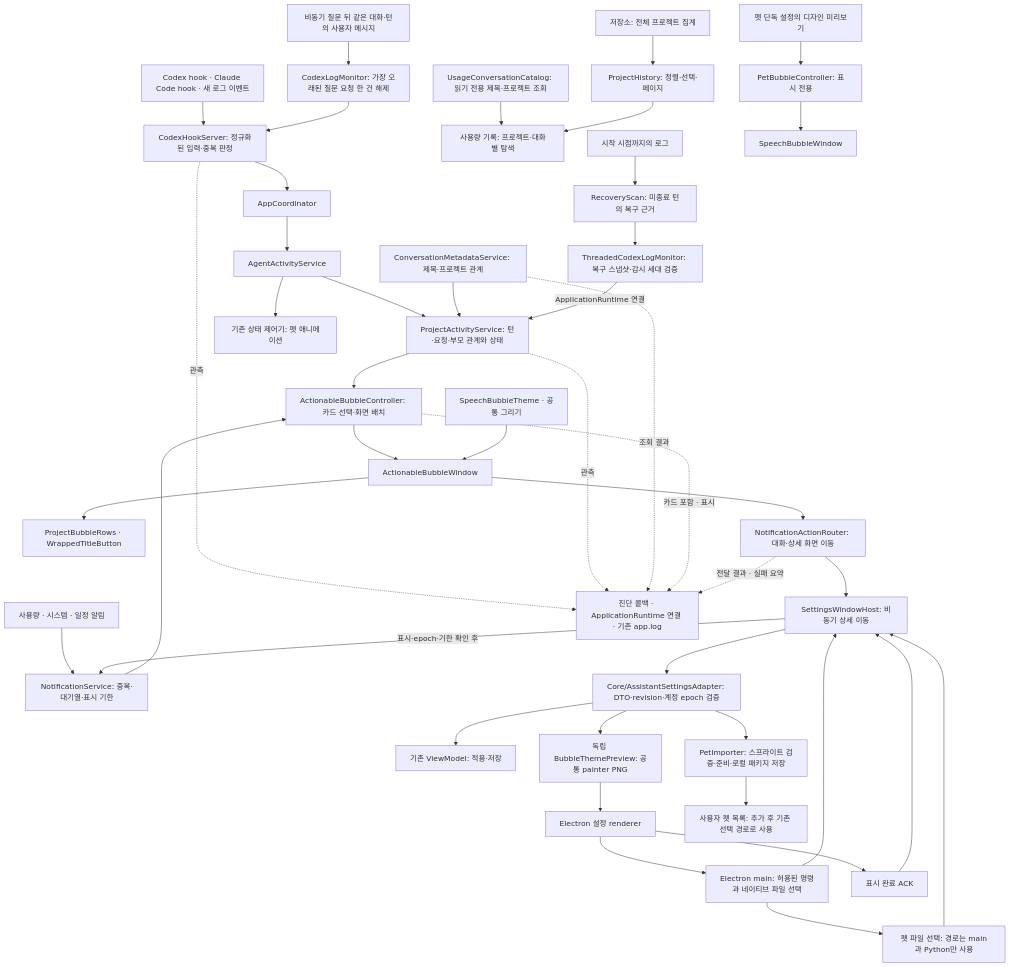
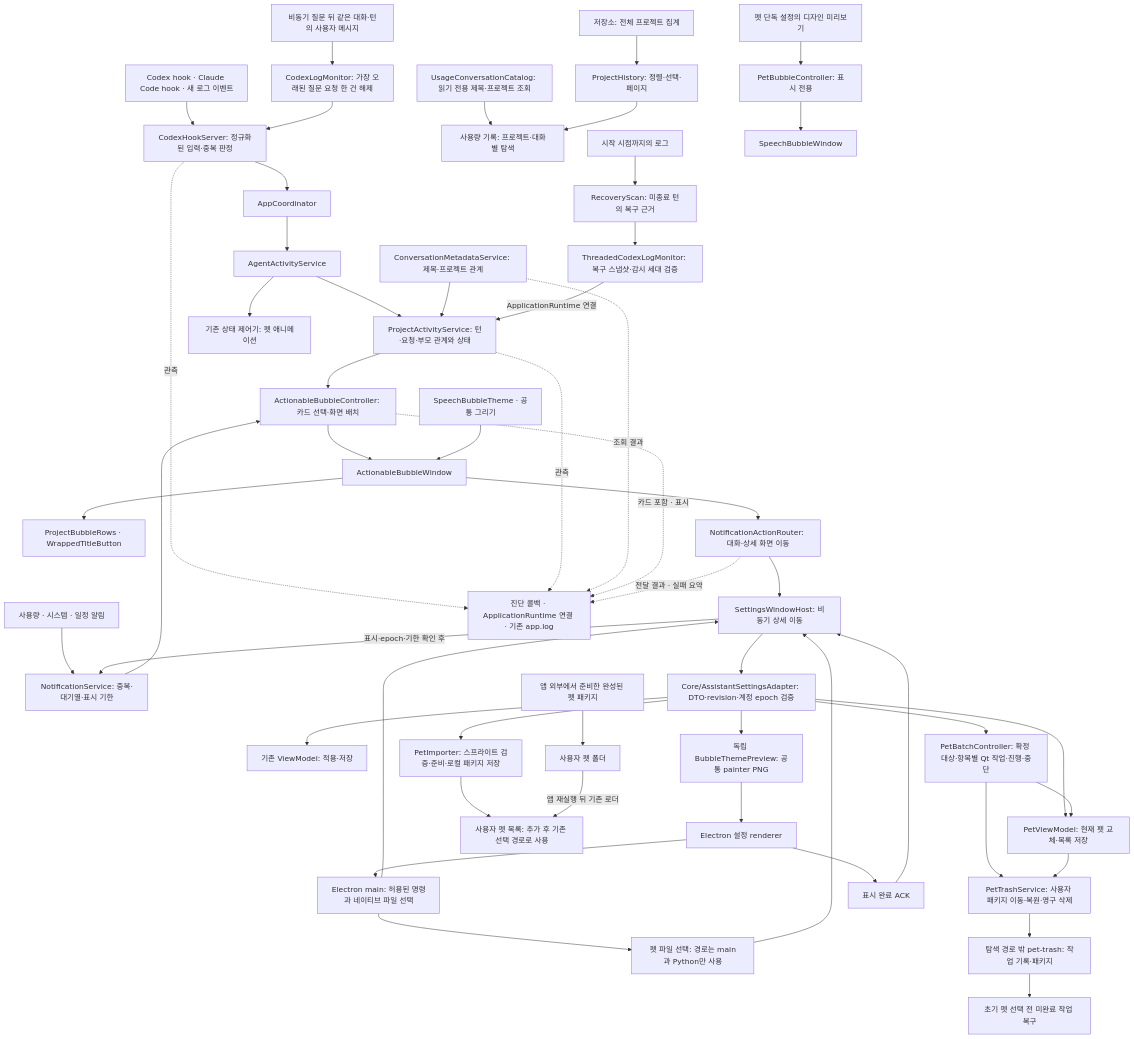
One commit to leewb2280/watched-kettle changed the diagram in docs/bubble-architecture.md. Above: the diagram before and after it, drawn with Mermaid. The commit also changed other lines of this file and 80 other files, not shown here.

````diff
--- a/docs/bubble-architecture.md
+++ b/docs/bubble-architecture.md
@@ -26,45 +28,54 @@
 ```mermaid
 flowchart TD
     E[Codex hook · Claude Code hook · 새 로그 이벤트] --> I[CodexHookServer: 정규화된 입력·중복 판정]
     Q[비동기 질문 뒤 같은 대화·턴의 사용자 메시지] --> LQ[CodexLogMonitor: 가장 오래된 질문 요청 한 건 해제]
     LQ --> I
     I --> C[AppCoordinator]
     C --> A[AgentActivityService]
     A --> P[ProjectActivityService: 턴·요청·부모 관계와 상태]
     M[ConversationMetadataService: 제목·프로젝트 관계] --> P
     CM[UsageConversationCatalog: 읽기 전용 제목·프로젝트 조회] --> UH[사용량 기록: 프로젝트·대화별 탐색]
     PS[저장소: 전체 프로젝트 집계] --> PH[ProjectHistory: 정렬·선택·페이지]
     PH --> UH
     L[시작 시점까지의 로그] --> X[RecoveryScan: 미종료 턴의 복구 근거]
     X --> G[ThreadedCodexLogMonitor: 복구 스냅샷·감시 세대 검증]
     G -->|ApplicationRuntime 연결| P
     A --> S[기존 상태 제어기: 펫 애니메이션]
     U[사용량 · 시스템 · 일정 알림] --> N[NotificationService: 중복·대기열·표시 기한]
     P --> B[ActionableBubbleController: 카드 선택·화면 배치]
     N --> B
     B --> W[ActionableBubbleWindow]
     W --> R[ProjectBubbleRows · WrappedTitleButton]
     T[SpeechBubbleTheme · 공통 그리기] --> W
     W --> O[NotificationActionRouter: 대화·상세 화면 이동]
     O --> EH[SettingsWindowHost: 비동기 상세 이동]
     I -.관측.-> D[진단 콜백 · ApplicationRuntime 연결 · 기존 app.log]
     P -.관측.-> D
     M -.조회 결과.-> D
     B -.카드 포함 · 표시.-> D
     O -.전달 결과 · 실패 요약.-> D
     ER[Electron 설정 renderer] --> EM[Electron main: 허용된 명령과 네이티브 파일 선택]
     EM --> EH
     EH --> EA[Core/AssistantSettingsAdapter: DTO·revision·계정 epoch 검증]
     EA --> VM[기존 ViewModel: 적용·저장]
     EA --> BP[독립 BubbleThemePreview: 공통 painter PNG]
     EM --> PI[펫 파일 선택: 경로는 main과 Python만 사용]
     PI --> EH
     EA --> IMP[PetImporter: 스프라이트 검증·준비·로컬 패키지 저장]
     IMP --> CAT[사용자 펫 목록: 추가 후 기존 선택 경로로 사용]
+    EA --> VM2[PetViewModel: 현재 펫 교체·목록 저장]
+    EA --> BC[PetBatchController: 확정 대상·항목별 Qt 작업·진행·중단]
+    BC --> VM2
+    BC --> PT
+    VM2 --> PT[PetTrashService: 사용자 패키지 이동·복원·영구 삭제]
+    PT --> TR[탐색 경로 밖 pet-trash: 작업 기록·패키지]
+    TR --> REC[초기 펫 선택 전 미완료 작업 복구]
+    CP[앱 외부에서 준비한 완성된 펫 패키지] --> PF[사용자 펫 폴더]
+    PF -->|앱 재실행 뒤 기존 로더| CAT
     BP --> ER
     ER --> ACK[표시 완료 ACK]
     ACK --> EH
     EH -->|표시·epoch·기한 확인 후| N
     PP[펫 단독 설정의 디자인 미리보기] --> PB[PetBubbleController: 표시 전용]
     PB --> PW[SpeechBubbleWindow]
 ```
````
